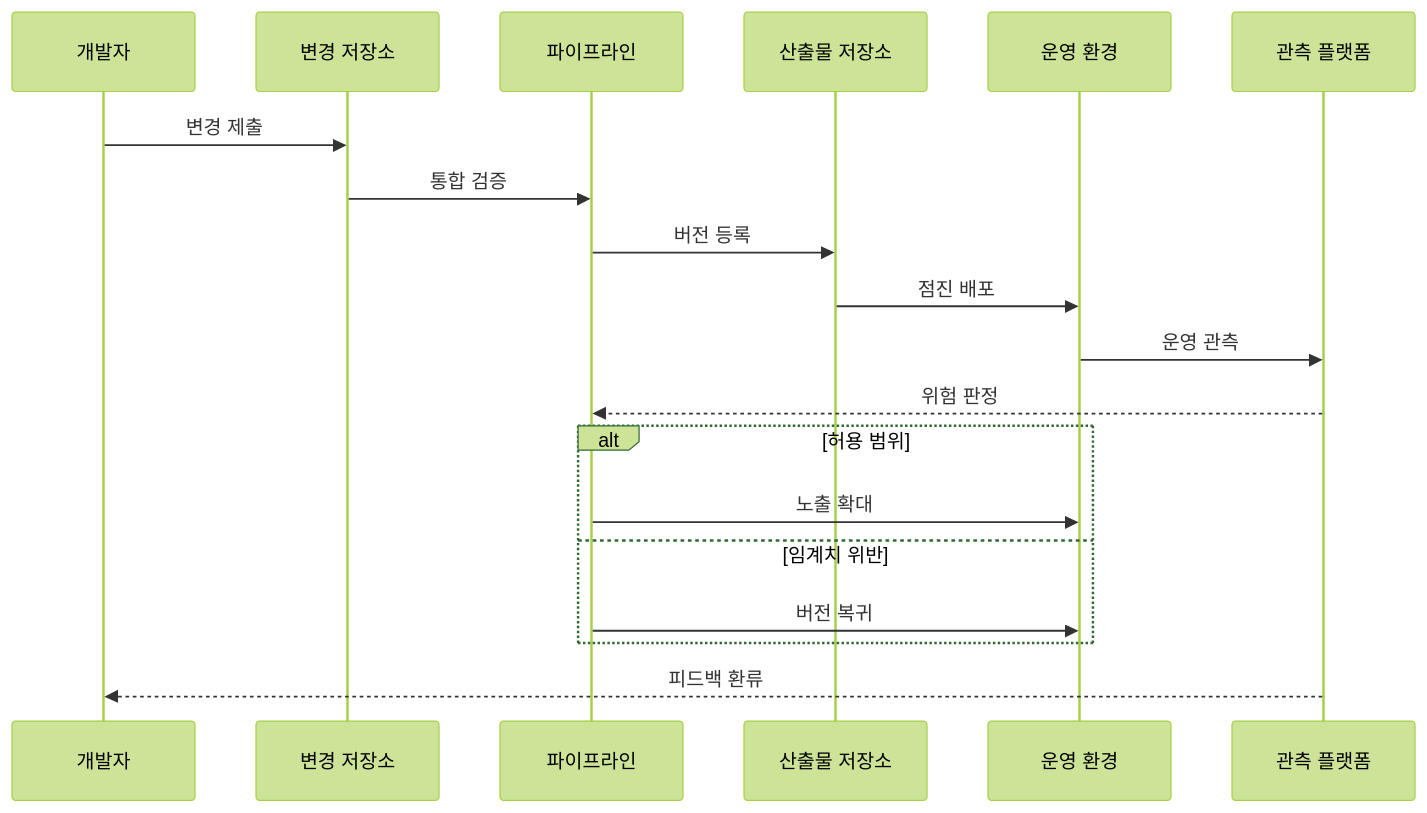
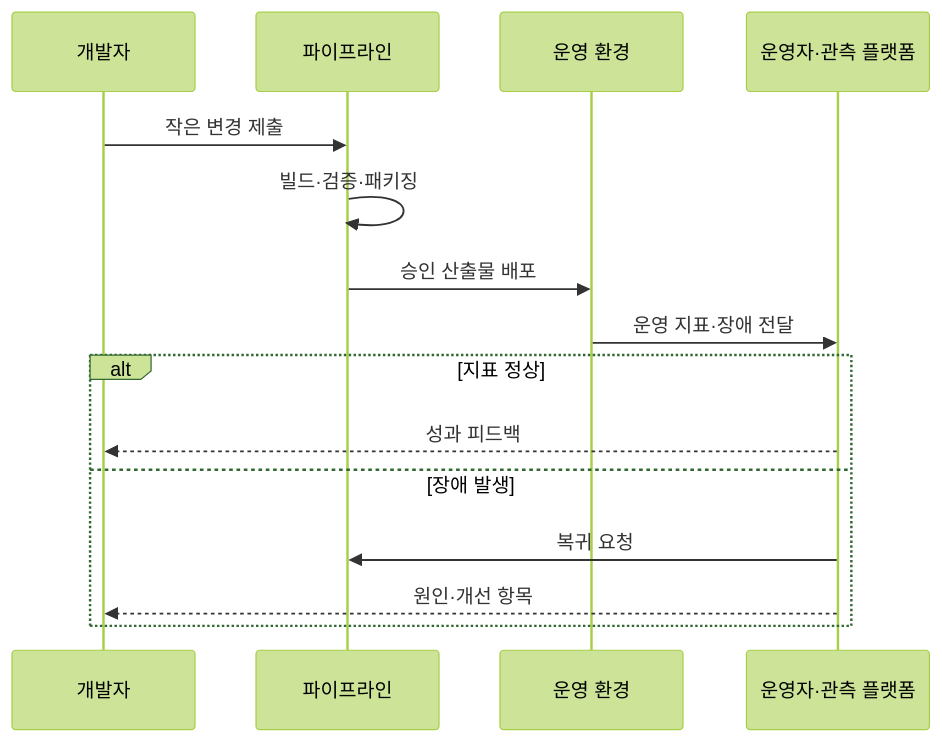
One commit to agnusdei1207/knowledge-base changed the second of 2 diagrams in src/content/docs/notes/03-software/056_devops_pipeline.md. Above: the diagram before and after it, drawn with Mermaid (forest theme). The commit also changed other lines of this file and 7 other files, not shown here.

````diff
--- a/src/content/docs/notes/03-software/056_devops_pipeline.md
+++ b/src/content/docs/notes/03-software/056_devops_pipeline.md
@@ -95,21 +81,17 @@
 ```mermaid
 sequenceDiagram
     participant D as 개발자
-    participant R as 변경 저장소
     participant P as 파이프라인
-    participant A as 산출물 저장소
     participant E as 운영 환경
-    participant O as 관측 플랫폼
-    D->>R: 변경 제출
-    R->>P: 통합 검증
-    P->>A: 버전 등록
-    A->>E: 점진 배포
-    E->>O: 운영 관측
-    O-->>P: 위험 판정
-    alt 허용 범위
-        P->>E: 노출 확대
-    else 임계치 위반
-        P->>E: 버전 복귀
+    participant O as 운영자·관측 플랫폼
+    D->>P: 작은 변경 제출
+    P->>P: 빌드·검증·패키징
+    P->>E: 승인 산출물 배포
+    E->>O: 운영 지표·장애 전달
+    alt 지표 정상
+        O-->>D: 성과 피드백
+    else 장애 발생
+        O->>P: 복귀 요청
+        O-->>D: 원인·개선 항목
     end
-    O-->>D: 피드백 환류
 ```
````
